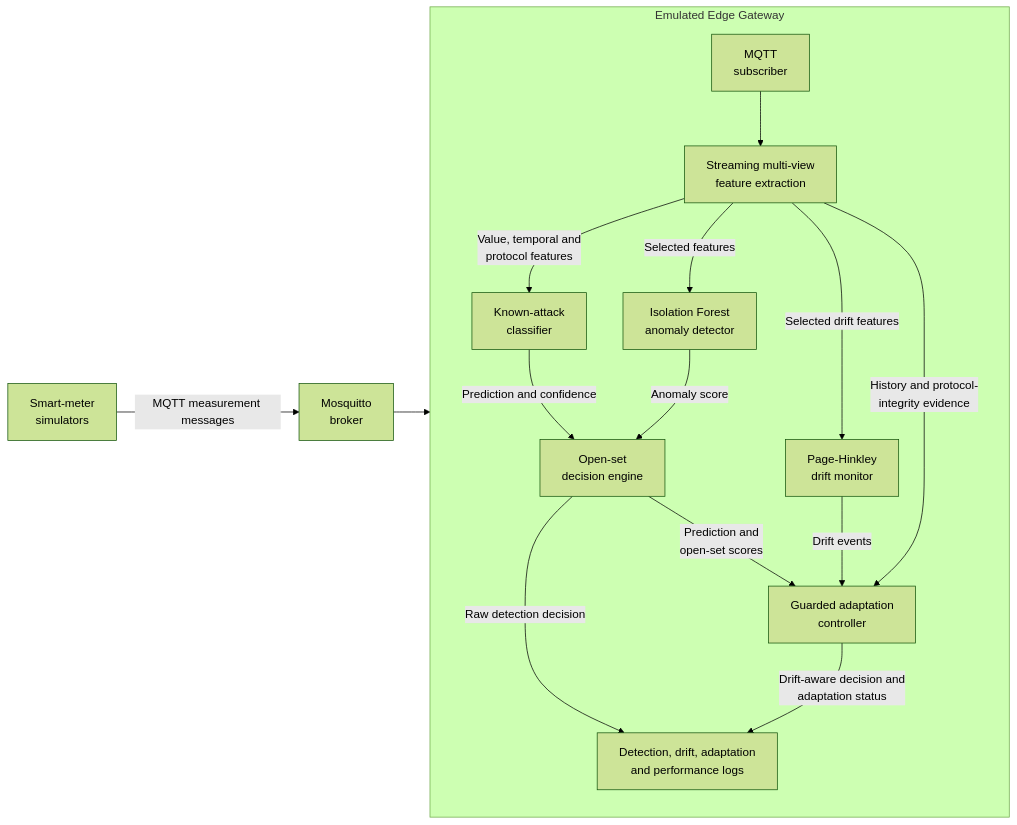
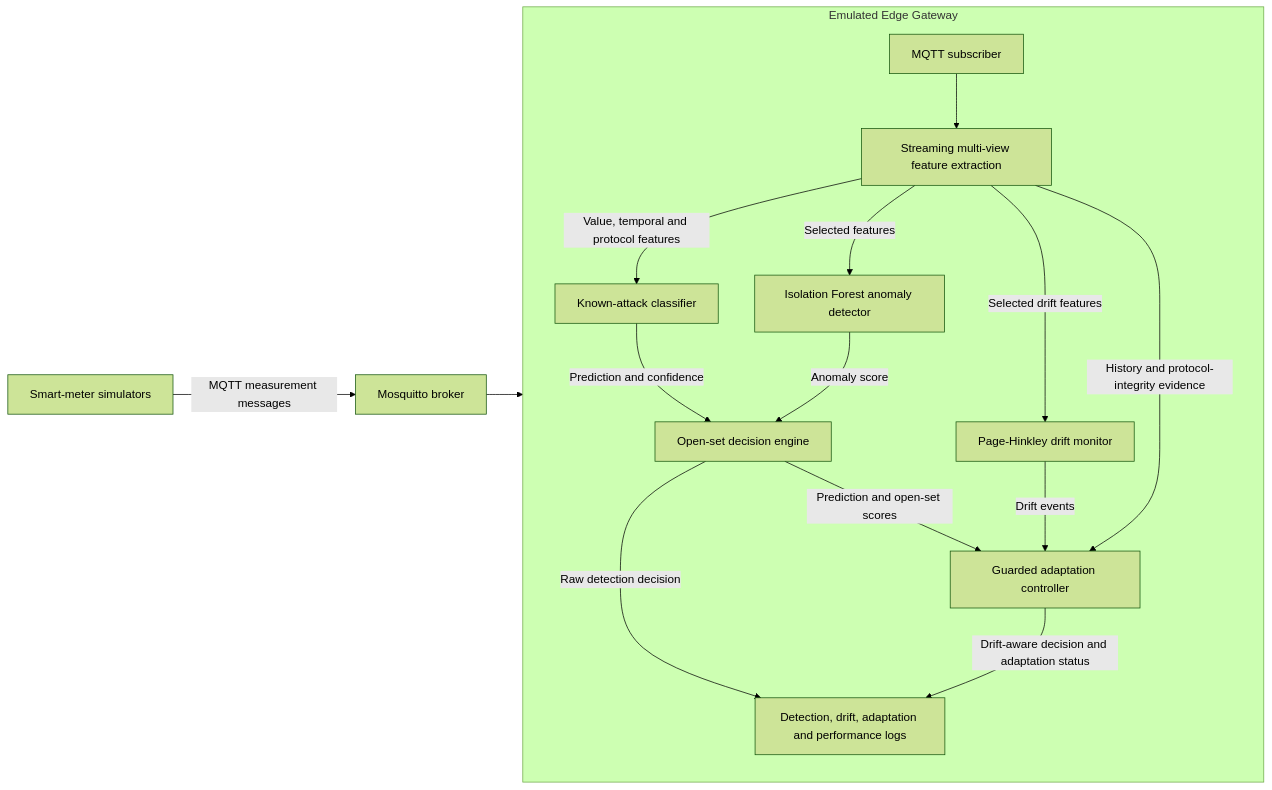
The diagram in README.md (pengbo960/Smartgrid-fdi-edge), drawn with Mermaid (forest theme) before and after one commit.

````diff
--- a/README.md
+++ b/README.md
@@ -31,37 +31,37 @@
 ```mermaid
 flowchart LR
-    S["Smart-meter<br/>simulators"]
-    B["Mosquitto<br/>broker"]
+    S["Smart-meter simulators"]
+    B["Mosquitto broker"]
 
     subgraph G["Emulated Edge Gateway"]
-        C["MQTT<br/>subscriber"]
-        F["Streaming multi-view<br/>feature extraction"]
+        C["MQTT subscriber"]
+        F["Streaming multi-view feature extraction"]
 
-        K["Known-attack<br/>classifier"]
-        O["Isolation Forest<br/>anomaly detector"]
-        D["Page-Hinkley<br/>drift monitor"]
+        K["Known-attack classifier"]
+        O["Isolation Forest anomaly detector"]
+        D["Page-Hinkley drift monitor"]
 
-        E["Open-set<br/>decision engine"]
-        A["Guarded adaptation<br/>controller"]
-        L["Detection, drift, adaptation<br/>and performance logs"]
+        E["Open-set decision engine"]
+        A["Guarded adaptation controller"]
+        L["Detection, drift, adaptation and performance logs"]
 
         C --> F
 
-        F -->|"Value, temporal and<br/>protocol features"| K
+        F -->|"Value, temporal and protocol features"| K
         F -->|"Selected features"| O
         F -->|"Selected drift features"| D
-        F -->|"History and protocol-<br/>integrity evidence"| A
+        F -->|"History and protocol-integrity evidence"| A
 
         K -->|"Prediction and confidence"| E
         O -->|"Anomaly score"| E
 
         E -->|"Raw detection decision"| L
-        E -->|"Prediction and<br/>open-set scores"| A
+        E -->|"Prediction and open-set scores"| A
         D -->|"Drift events"| A
 
-        A -->|"Drift-aware decision and<br/>adaptation status"| L
+        A -->|"Drift-aware decision and adaptation status"| L
     end
 
     S -->|"MQTT measurement messages"| B
     B --> G
 ```
````
